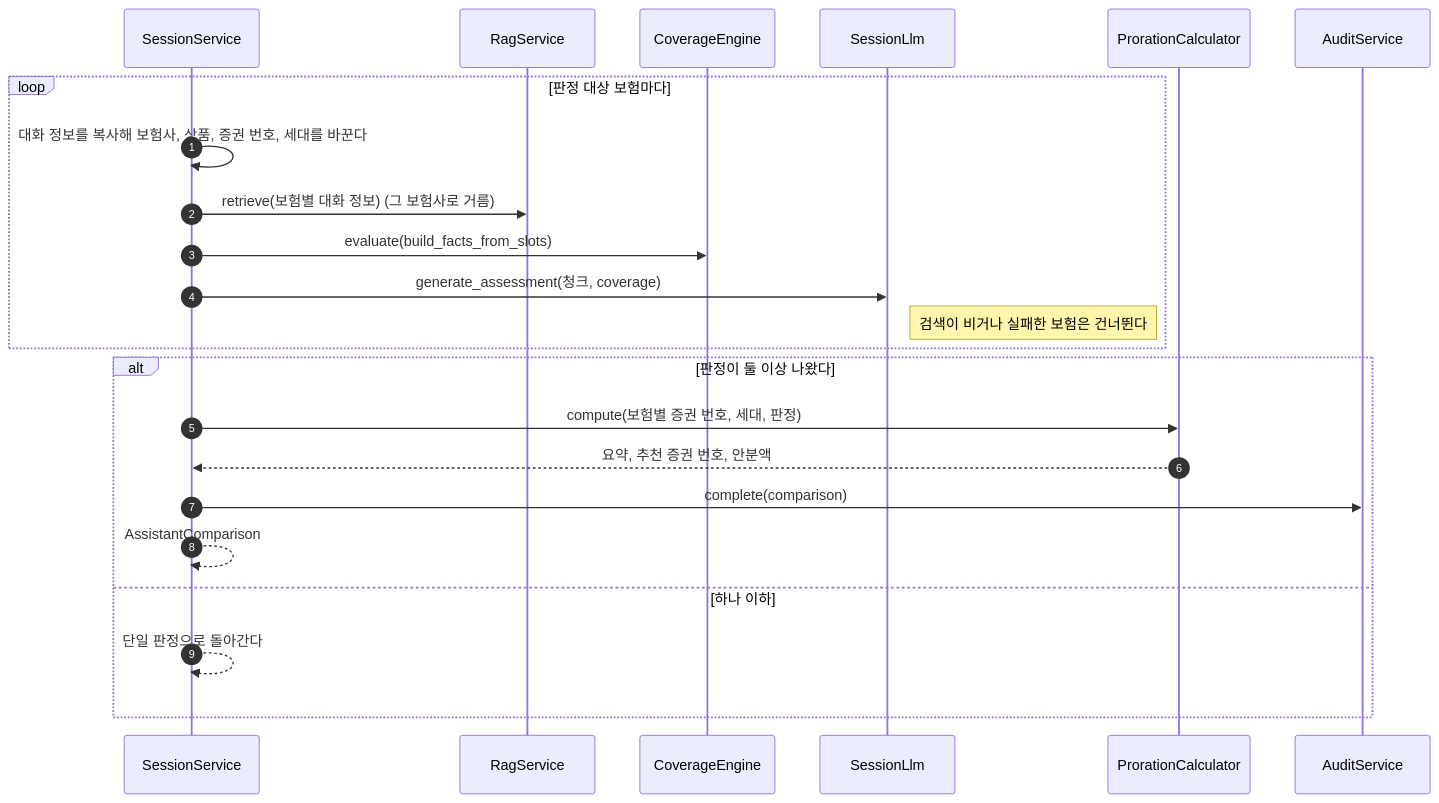
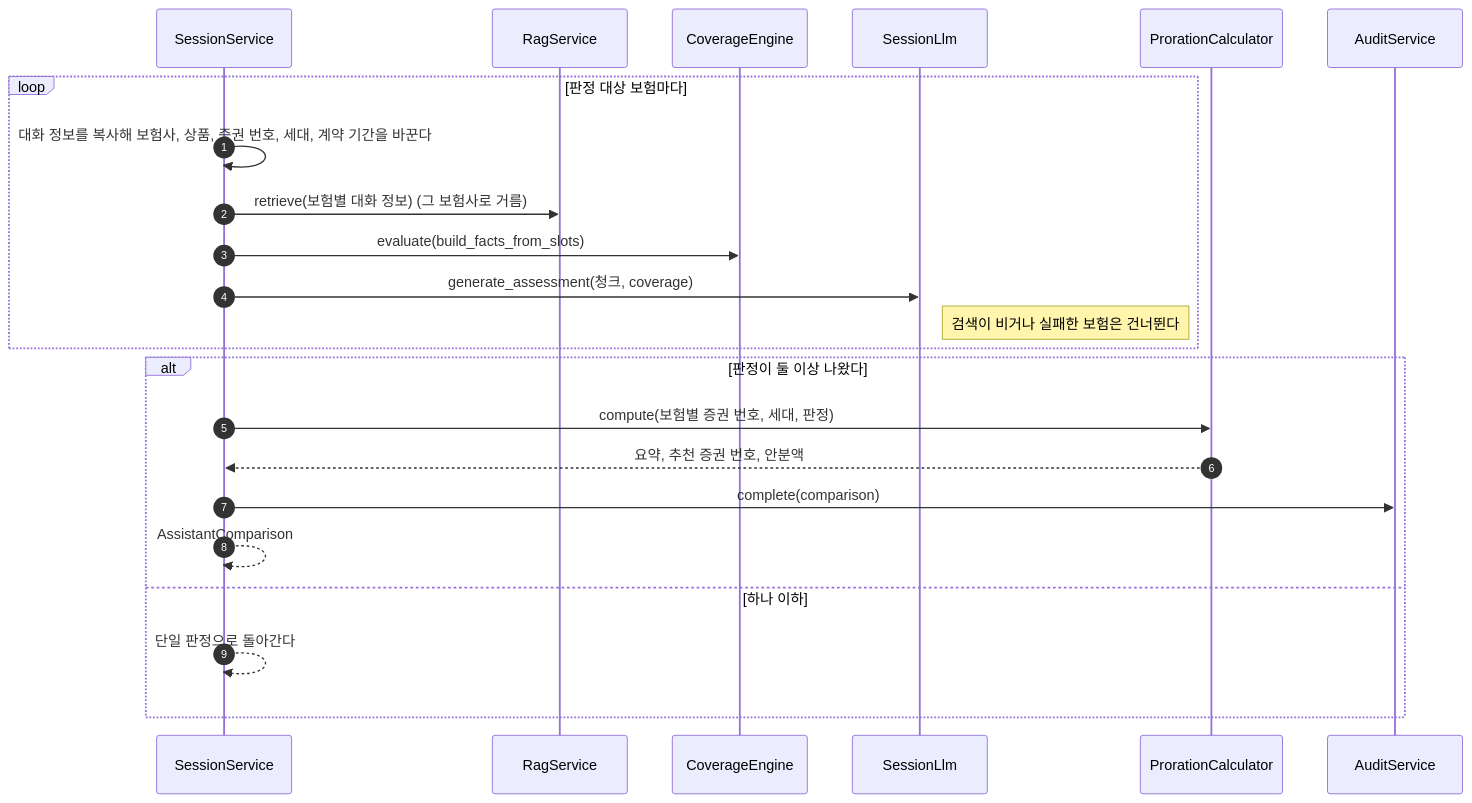
The fifth of 15 diagrams in docs/specs/09-SEQ/INS-SEQ-002.md (HoyoungParkme/Insurance-Helper), drawn with Mermaid before and after one commit. The commit also changed other lines of this file, not shown here.

````diff
--- a/docs/specs/09-SEQ/INS-SEQ-002.md
+++ b/docs/specs/09-SEQ/INS-SEQ-002.md
@@ -220,25 +222,25 @@
 ```mermaid
 sequenceDiagram
     autonumber
     participant SS as SessionService
     participant RS as RagService
     participant CE as CoverageEngine
     participant SL as SessionLlm
     participant PR as ProrationCalculator
     participant AU as AuditService
     loop 판정 대상 보험마다
-        SS->>SS: 대화 정보를 복사해 보험사, 상품, 증권 번호, 세대를 바꾼다
+        SS->>SS: 대화 정보를 복사해 보험사, 상품, 증권 번호, 세대, 계약 기간을 바꾼다
         SS->>RS: retrieve(보험별 대화 정보) (그 보험사로 거름)
         SS->>CE: evaluate(build_facts_from_slots)
         SS->>SL: generate_assessment(청크, coverage)
         Note right of SL: 검색이 비거나 실패한 보험은 건너뛴다
     end
     alt 판정이 둘 이상 나왔다
         SS->>PR: compute(보험별 증권 번호, 세대, 판정)
         PR-->>SS: 요약, 추천 증권 번호, 안분액
         SS->>AU: complete(comparison)
         SS-->>SS: AssistantComparison
     else 하나 이하
         SS-->>SS: 단일 판정으로 돌아간다
     end
 ```
````
